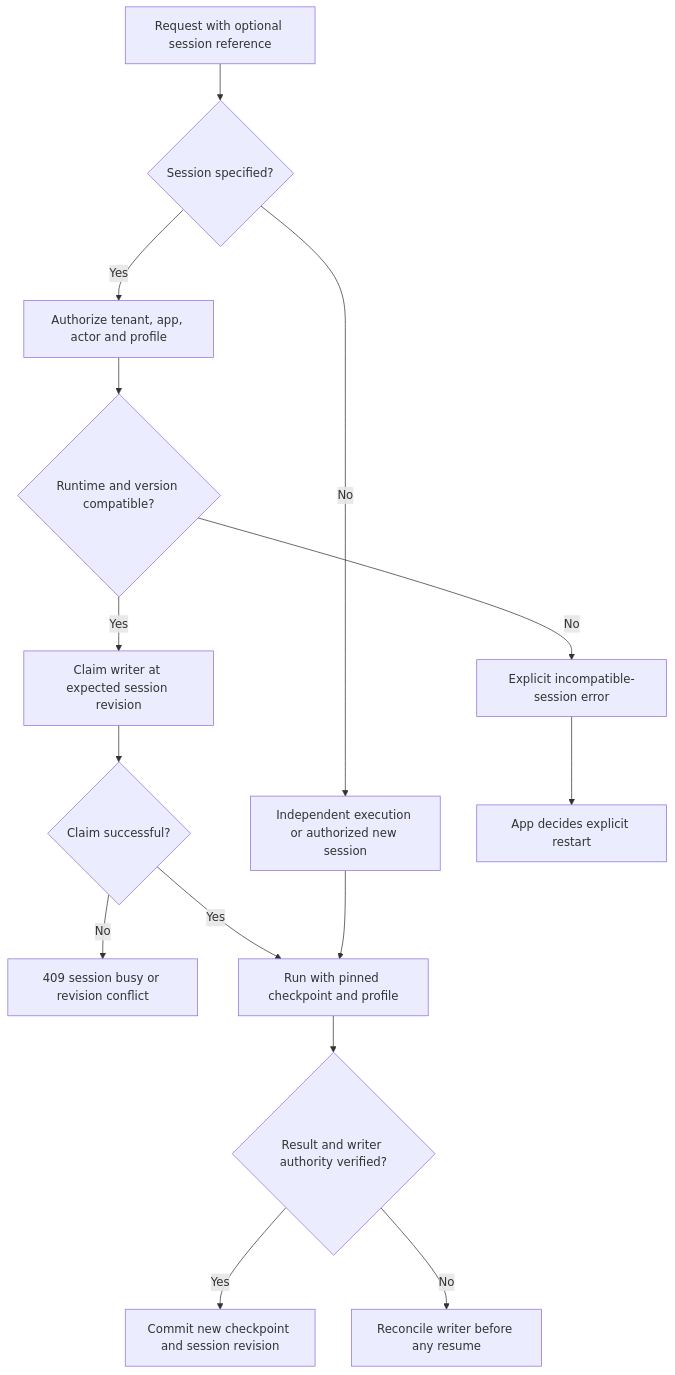
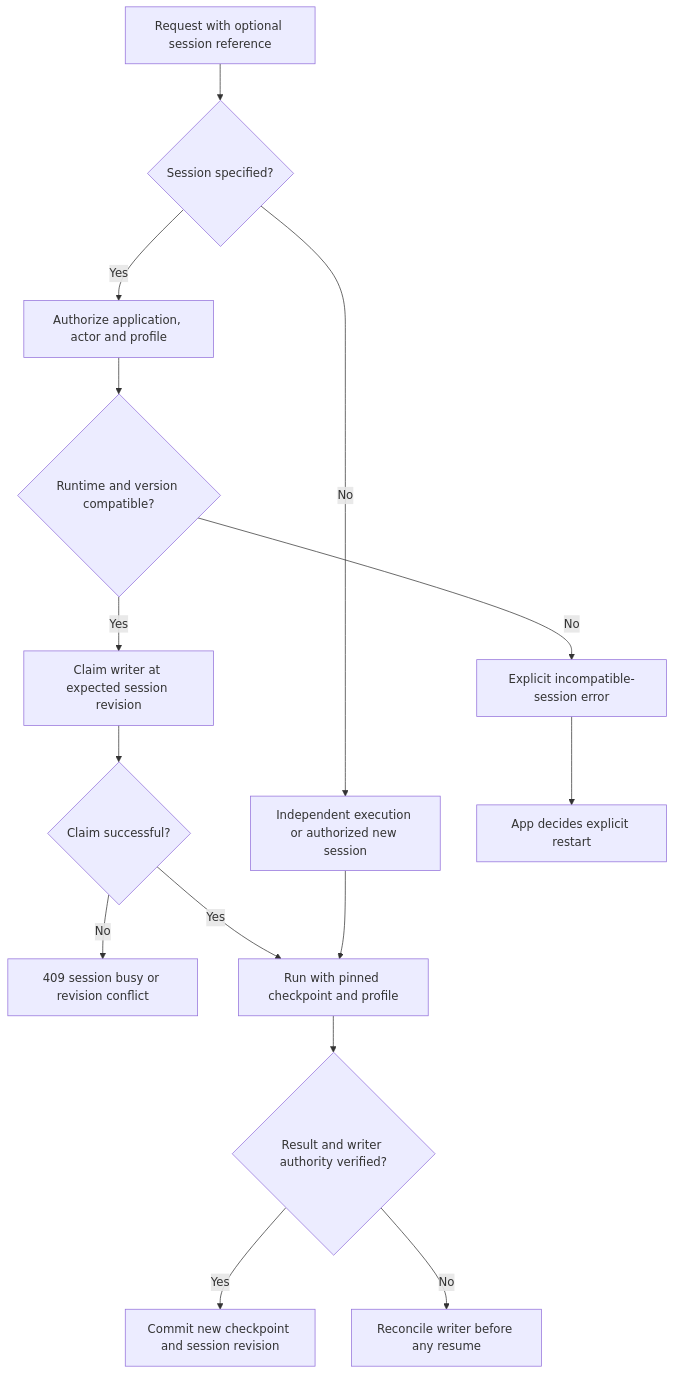
One commit to anshacerbia2/ai-runtime-platform changed the third of 3 diagrams in docs/diagrams/06-streaming-artifacts.md. Above: the diagram before and after it, drawn with Mermaid. The commit also changed 25 other files, not shown here.

````diff
--- a/docs/diagrams/06-streaming-artifacts.md
+++ b/docs/diagrams/06-streaming-artifacts.md
@@ -61,17 +61,17 @@
 ```mermaid
 flowchart TD
     REQ[Request with optional session reference] --> HAS{Session specified?}
     HAS -->|No| NEW[Independent execution or authorized new session]
-    HAS -->|Yes| AUTH[Authorize tenant, app, actor and profile]
+    HAS -->|Yes| AUTH[Authorize application, actor and profile]
     AUTH --> VALID{Runtime and version compatible?}
     VALID -->|No| ERR[Explicit incompatible-session error]
     VALID -->|Yes| CAS[Claim writer at expected session revision]
     CAS --> BUSY{Claim successful?}
     BUSY -->|No| CONFLICT[409 session busy or revision conflict]
     BUSY -->|Yes| RUN[Run with pinned checkpoint and profile]
     RUN --> OUTCOME{Result and writer authority verified?}
     OUTCOME -->|Yes| COMMIT[Commit new checkpoint and session revision]
     OUTCOME -->|No| REC[Reconcile writer before any resume]
     NEW --> RUN
     ERR --> APP[App decides explicit restart]
 ```
````
